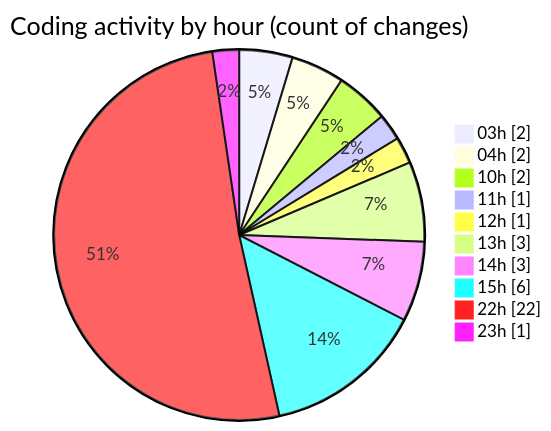
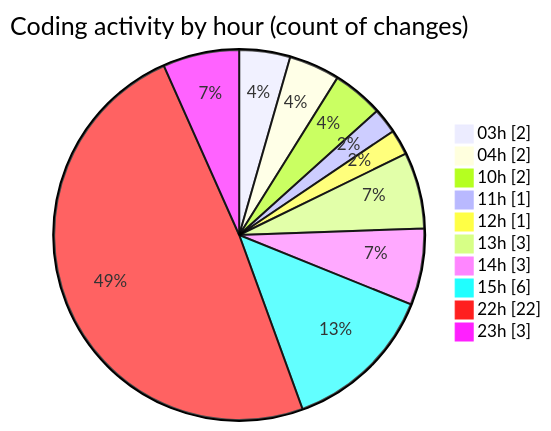
One commit to julien-gomy/code-tracking changed the second of 2 diagrams in 2025-11-27/cdp_aleoudev_fr__workspace_/README.md. Above: the diagram before and after it, drawn with Mermaid. The commit also changed other lines of this file and 1 other file, not shown here.

````diff
--- a/2025-11-27/cdp_aleoudev_fr__workspace_/README.md
+++ b/2025-11-27/cdp_aleoudev_fr__workspace_/README.md
@@ -53,14 +53,14 @@
 ```mermaid
 pie showData
 title Coding activity by hour (count of changes)
 "03h" : 2
 "04h" : 2
 "10h" : 2
 "11h" : 1
 "12h" : 1
 "13h" : 3
 "14h" : 3
 "15h" : 6
 "22h" : 22
-"23h" : 1
+"23h" : 3
 ```
````
